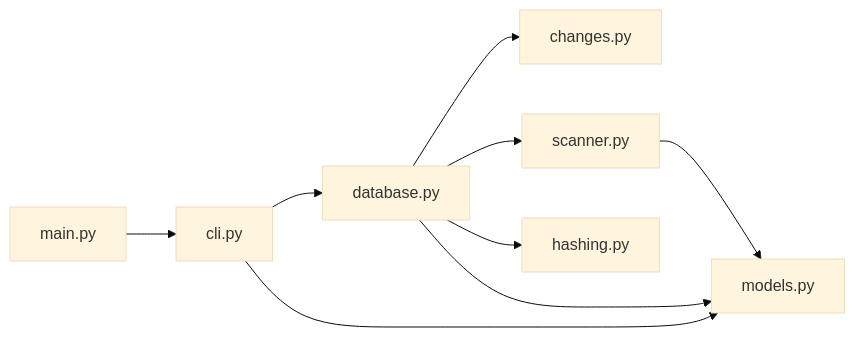
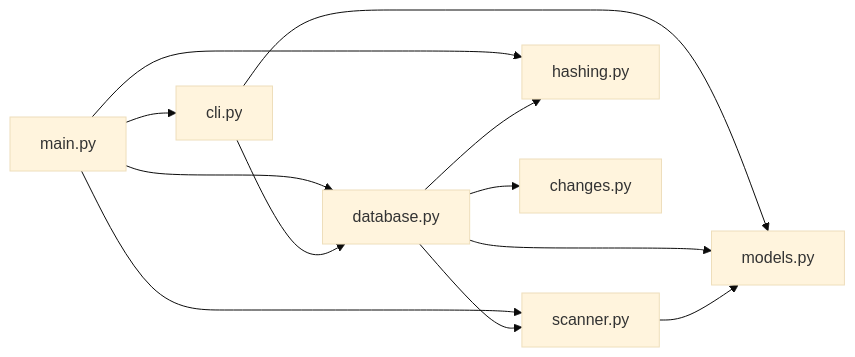
Before and after one commit to maximmuss699/Directory-scanner-wth-database: the first of 3 diagrams in README.md, drawn with Mermaid (base theme). The commit also changed other lines of this file, not shown here.

Commit message:
docs: update flowchart diagrams in README

````diff
--- a/README.md
+++ b/README.md
@@ -42,11 +42,14 @@
 ```mermaid
 flowchart LR
     A[main.py] --> B[cli.py]
+    A --> C[database.py]
+    A --> D[scanner.py]
+    A --> E[hashing.py]
     B --> C[database.py]
+    B --> F[models.py]
     C --> G[changes.py]
     C --> D[scanner.py]
     C --> E[hashing.py]
-    B --> F[models.py]
     C --> F
     D --> F
 ```
````
